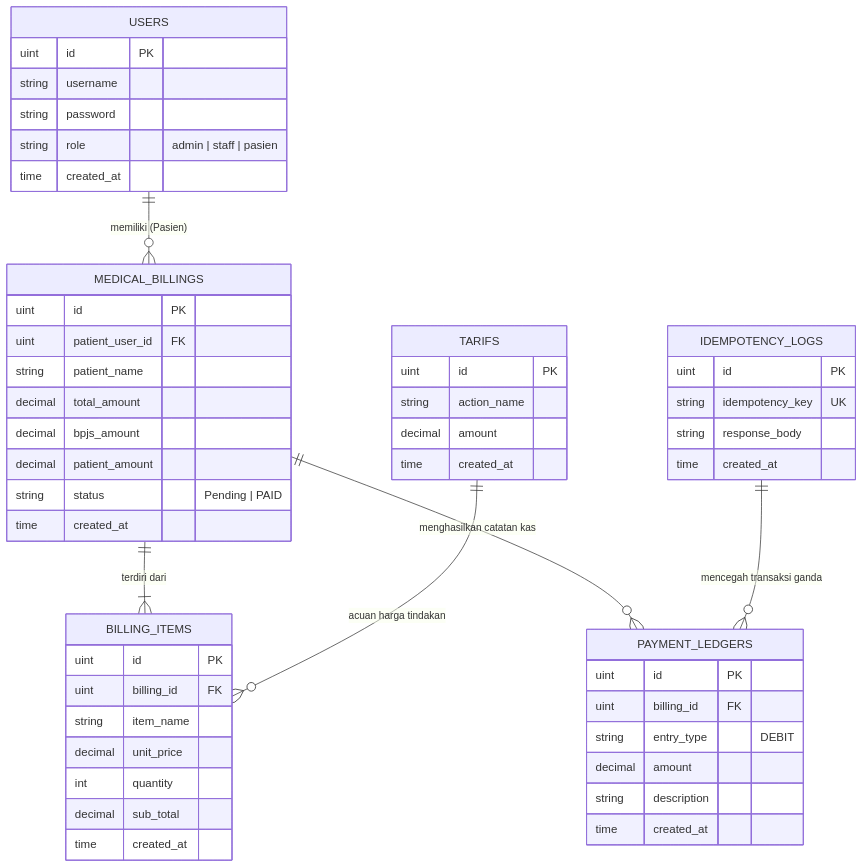
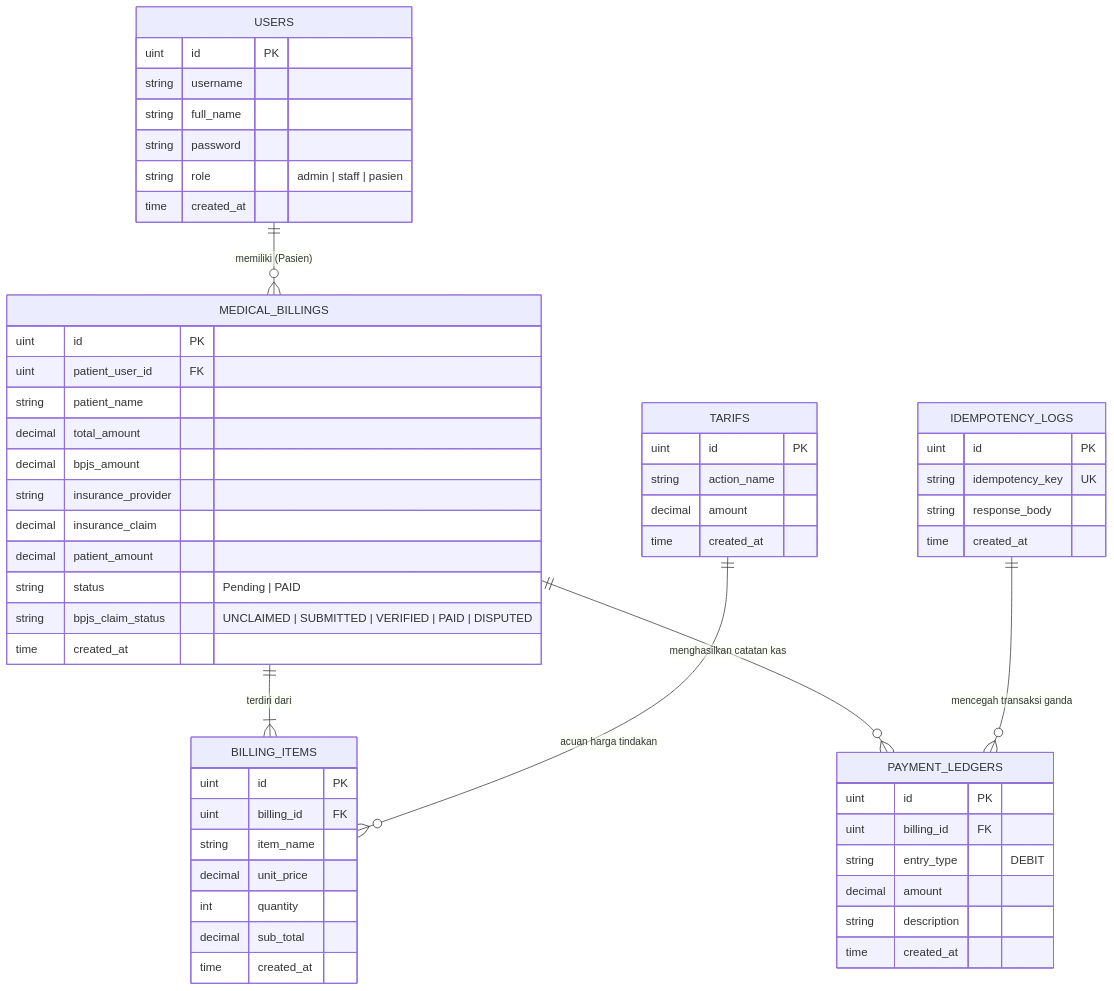
The diagram in server/README.md (Lesmana24/SIMRS-Billings), drawn with Mermaid before and after one commit. The commit also changed other lines of this file, not shown here.

Commit message:
Update README with new claim management features

````diff
--- a/server/README.md
+++ b/server/README.md
@@ -93,60 +98,64 @@
 ```mermaid
 erDiagram
     USERS ||--o{ MEDICAL_BILLINGS : "memiliki (Pasien)"
     MEDICAL_BILLINGS ||--|{ BILLING_ITEMS : "terdiri dari"
     MEDICAL_BILLINGS ||--o{ PAYMENT_LEDGERS : "menghasilkan catatan kas"
     TARIFS ||--o{ BILLING_ITEMS : "acuan harga tindakan"
     IDEMPOTENCY_LOGS ||--o{ PAYMENT_LEDGERS : "mencegah transaksi ganda"
 
     USERS {
         uint id PK
         string username
+        string full_name
         string password
         string role "admin | staff | pasien"
         time created_at
     }
 
     TARIFS {
         uint id PK
         string action_name
         decimal amount
         time created_at
     }
 
     MEDICAL_BILLINGS {
         uint id PK
         uint patient_user_id FK
         string patient_name
         decimal total_amount
         decimal bpjs_amount
+        string insurance_provider
+        decimal insurance_claim
         decimal patient_amount
         string status "Pending | PAID"
+        string bpjs_claim_status "UNCLAIMED | SUBMITTED | VERIFIED | PAID | DISPUTED"
         time created_at
     }
 
     BILLING_ITEMS {
         uint id PK
         uint billing_id FK
         string item_name
         decimal unit_price
         int quantity
         decimal sub_total
         time created_at
     }
 
     PAYMENT_LEDGERS {
         uint id PK
         uint billing_id FK
         string entry_type "DEBIT"
         decimal amount
         string description
         time created_at
     }
 
     IDEMPOTENCY_LOGS {
         uint id PK
         string idempotency_key UK
         string response_body
         time created_at
     }
 ```
````
